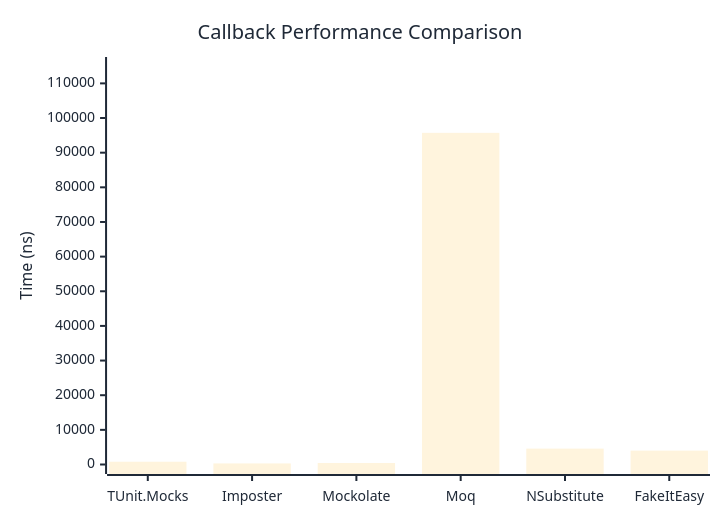
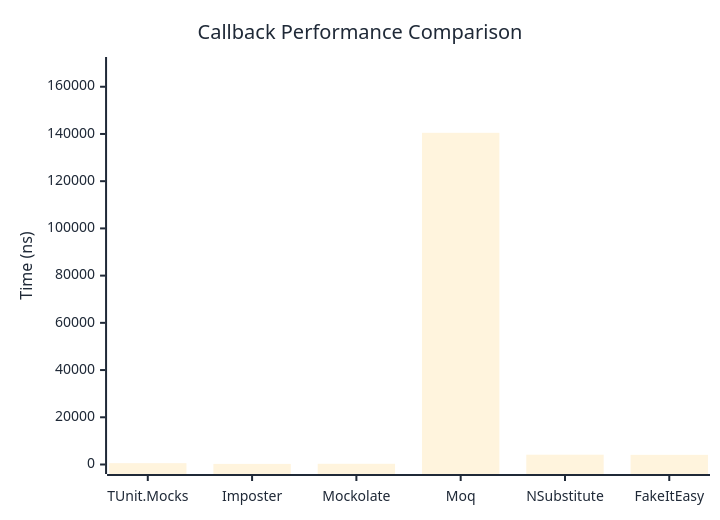
The first of 2 diagrams in docs/docs/benchmarks/mocks/Callback.md (thomhurst/TUnit), drawn with Mermaid before and after one commit. The commit also changed other lines of this file and 14 other files, not shown here.

````diff
--- a/docs/docs/benchmarks/mocks/Callback.md
+++ b/docs/docs/benchmarks/mocks/Callback.md
@@ -30,27 +30,27 @@
 ```mermaid
 %%{init: {
   'theme':'base',
   'themeVariables': {
     'primaryColor': '#2563eb',
     'primaryTextColor': '#1f2937',
     'primaryBorderColor': '#1e40af',
     'lineColor': '#6b7280',
     'secondaryColor': '#7c3aed',
     'tertiaryColor': '#dc2626',
     'background': '#ffffff',
     'pie1': '#2563eb',
     'pie2': '#7c3aed',
     'pie3': '#dc2626',
     'pie4': '#f59e0b',
     'pie5': '#10b981',
     'pie6': '#06b6d4',
     'pie7': '#ec4899',
     'pie8': '#6366f1'
   }
 }}%%
 xychart-beta
   title "Callback Performance Comparison"
   x-axis ["TUnit.Mocks", "Imposter", "Mockolate", "Moq", "NSubstitute", "FakeItEasy"]
-  y-axis "Time (ns)" 0 --> 114872
-  bar [803.3, 308.9, 434.6, 95726.2, 4585.1, 4003.5]
+  y-axis "Time (ns)" 0 --> 168574
+  bar [566.2, 246.1, 297.8, 140478.3, 4150.5, 4091.6]
 ```
````
